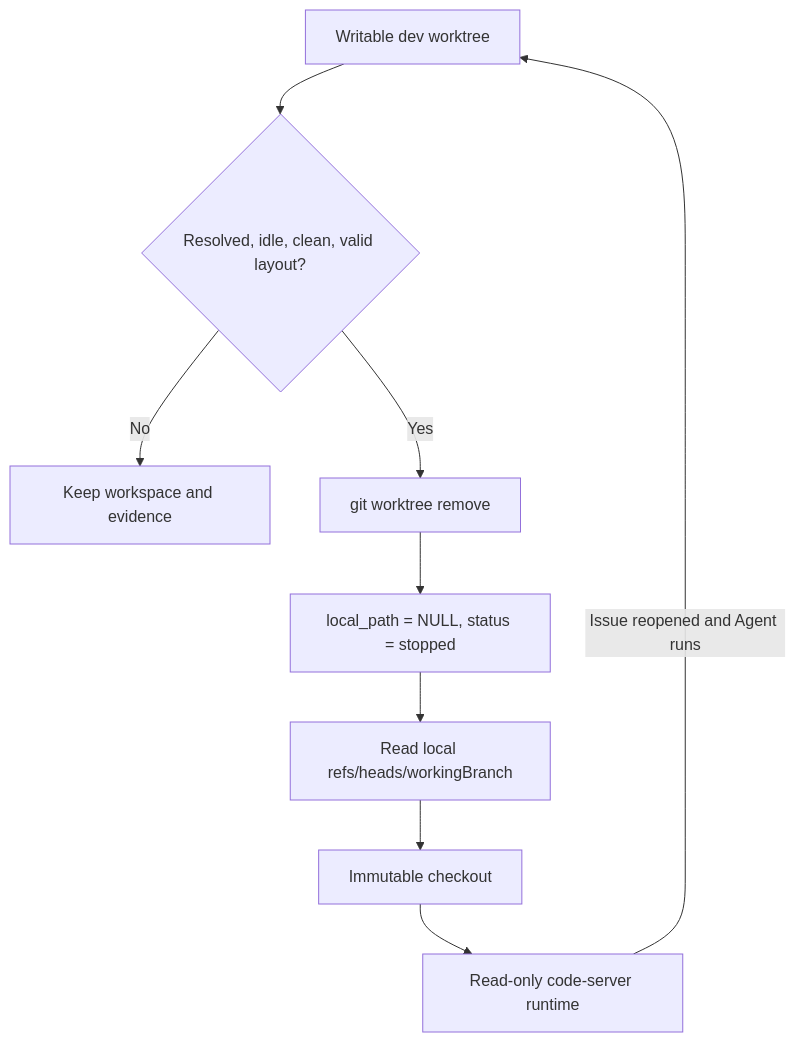
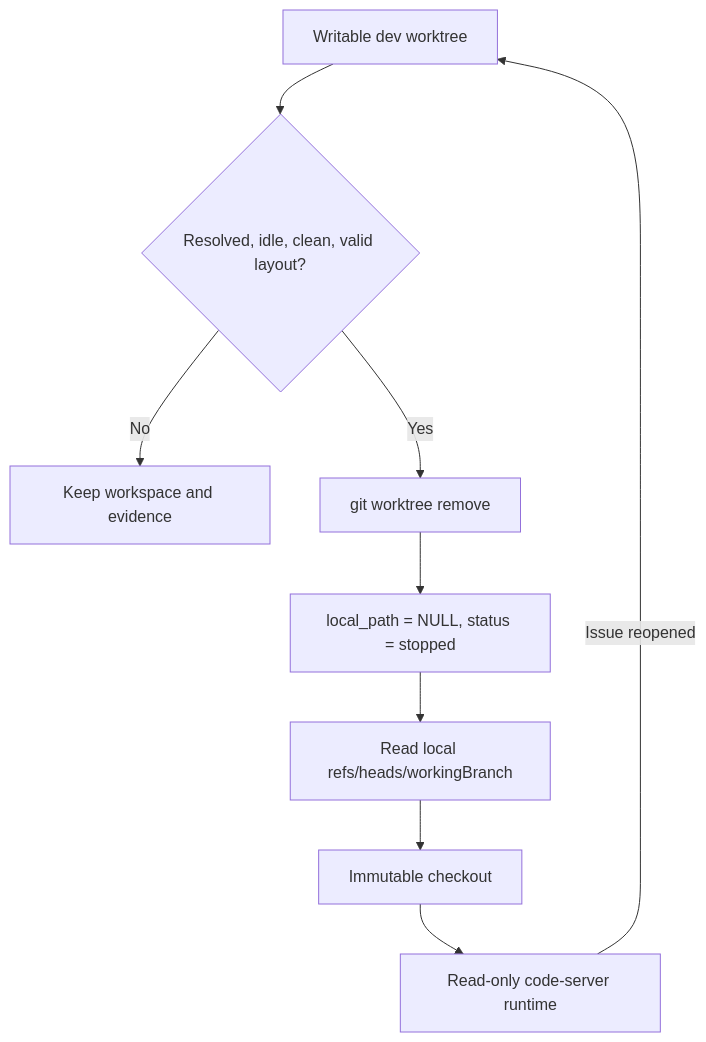
The third of 4 diagrams in docs/ARCHITECTURE.md (idoly/issue-pilot), drawn with Mermaid before and after one commit. The commit also changed other lines of this file and 4 other files, not shown here.

````diff
--- a/docs/ARCHITECTURE.md
+++ b/docs/ARCHITECTURE.md
@@ -182,11 +182,11 @@
 ```mermaid
 flowchart TD
     W[Writable dev worktree] --> P{Resolved, idle, clean, valid layout?}
     P -->|No| Keep[Keep workspace and evidence]
     P -->|Yes| Remove[git worktree remove]
     Remove --> State[local_path = NULL, status = stopped]
     State --> Ref[Read local refs/heads/workingBranch]
     Ref --> Snapshot[Immutable checkout]
     Snapshot --> Runtime[Read-only code-server runtime]
-    Runtime -->|Issue reopened and Agent runs| W
+    Runtime -->|Issue reopened| W
 ```
````
